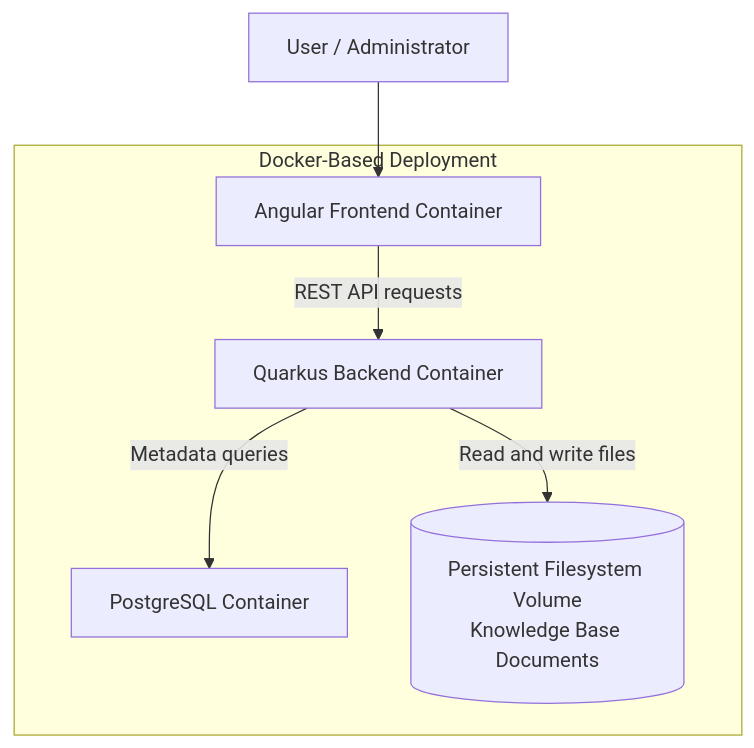
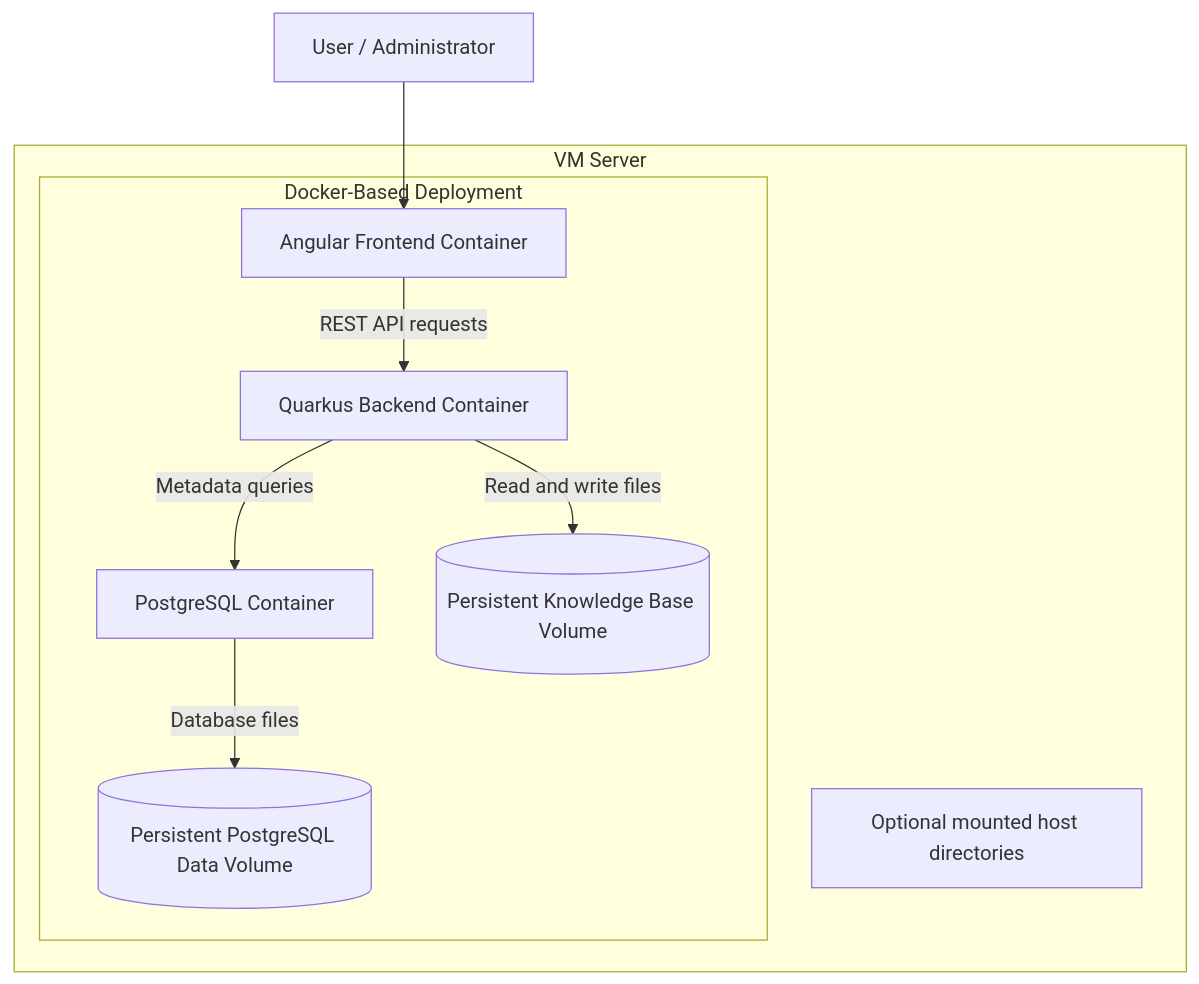
Before and after one commit to nic0michael/TOGAFmate: the diagram in README.md, drawn with Mermaid. The commit also changed other lines of this file, not shown here.

First line of the commit message:
Clarify storage and deployment details in README

````diff
--- a/README.md
+++ b/README.md
@@ -171,17 +175,24 @@
 ```mermaid
 flowchart TB
-    User[User / Administrator]
+    User["User / Administrator"]
 
-    subgraph Docker["Docker-Based Deployment"]
-        Frontend["Angular Frontend Container"]
-        Backend["Quarkus Backend Container"]
-        Database["PostgreSQL Container"]
-        Volume[("Persistent Filesystem Volume<br/>Knowledge Base Documents")]
+    subgraph VM["VM Server"]
+        subgraph Docker["Docker-Based Deployment"]
+            Frontend["Angular Frontend Container"]
+            Backend["Quarkus Backend Container"]
+            Database["PostgreSQL Container"]
 
-        Frontend -->|REST API requests| Backend
-        Backend -->|Metadata queries| Database
-        Backend -->|Read and write files| Volume
+            KBVolume[("Persistent Knowledge Base Volume")]
+            DBVolume[("Persistent PostgreSQL Data Volume")]
+
+            Frontend -->|"REST API requests"| Backend
+            Backend -->|"Metadata queries"| Database
+            Backend -->|"Read and write files"| KBVolume
+            Database -->|"Database files"| DBVolume
+        end
+
+        HostStorage["Optional mounted host directories"]
     end
 
     User --> Frontend
 ```
````
